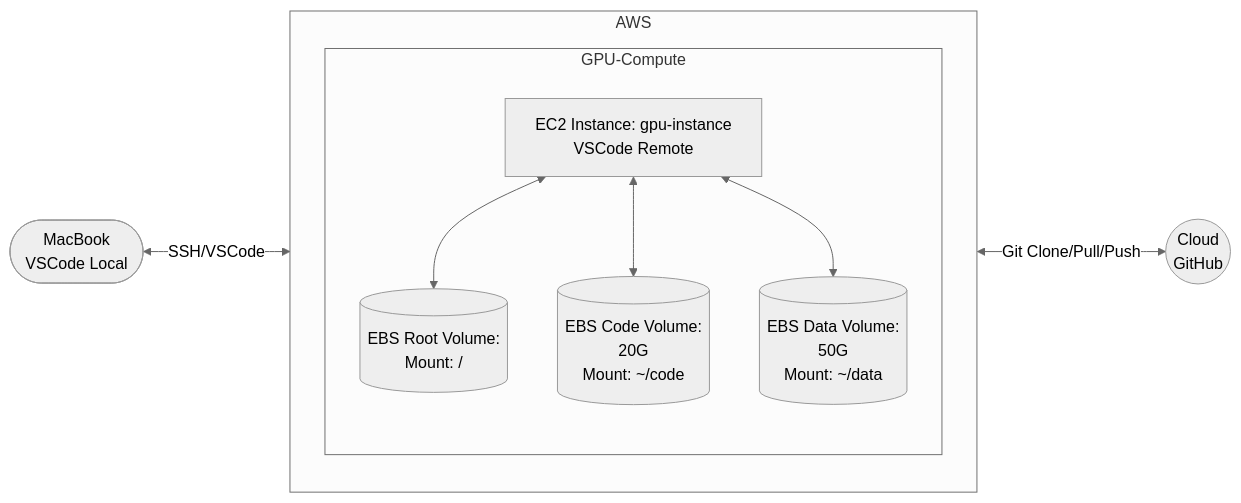
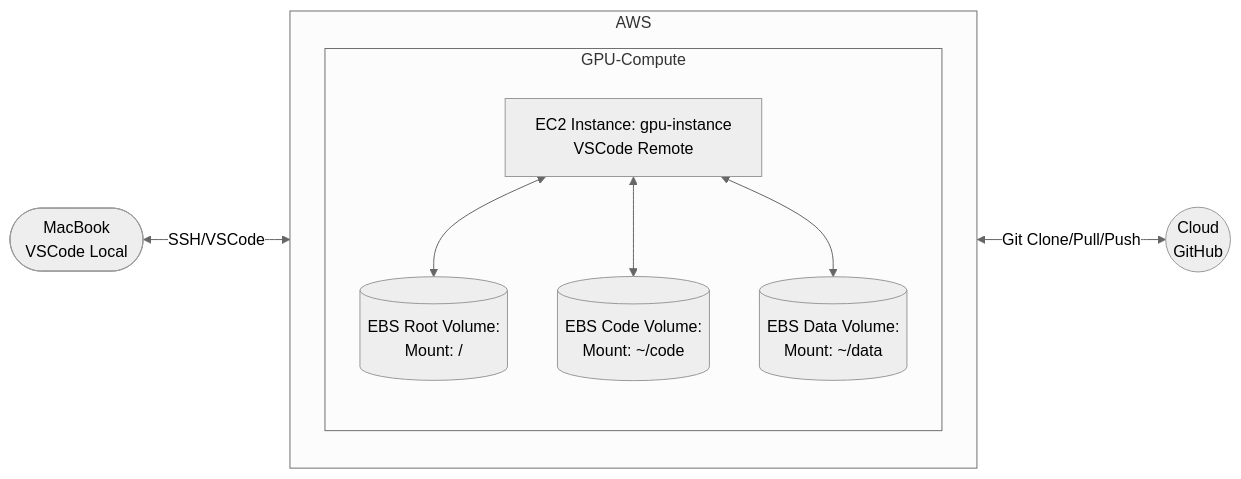
Before and after one commit to jimthompson5802/aws: the first of 2 diagrams in README_EXAMPLE_USAGE.md, drawn with Mermaid (neutral theme). The commit also changed other lines of this file, not shown here.

Commit message:
add enhancement for EBS snapshots in documentation

````diff
--- a/README_EXAMPLE_USAGE.md
+++ b/README_EXAMPLE_USAGE.md
@@ -148,20 +148,20 @@
 ```mermaid
 flowchart LR
     MacBook([MacBook<br/>VSCode Local])
     subgraph AWS
         direction TB
         subgraph GPU-Compute
             direction TB
             EC2GPU[EC2 Instance: gpu-instance<br/>VSCode Remote]
             EBS2R[(EBS Root Volume: <br/>  Mount: /)]
-            EBS2C[(EBS Code Volume: <br/> 20G <br/> Mount: ~/code)]
-            EBS2D[(EBS Data Volume: <br/> 50G <br/> Mount: ~/data)]
+            EBS2C[(EBS Code Volume: <br/> Mount: ~/code)]
+            EBS2D[(EBS Data Volume: <br/> Mount: ~/data)]
             EC2GPU <--> EBS2R
             EC2GPU <--> EBS2C
             EC2GPU <--> EBS2D
         end
     end
 
     MacBook -- SSH/VSCode <--> AWS
     AWS -- Git Clone/Pull/Push <--> Github((Cloud<br/>GitHub))
 ```
````
